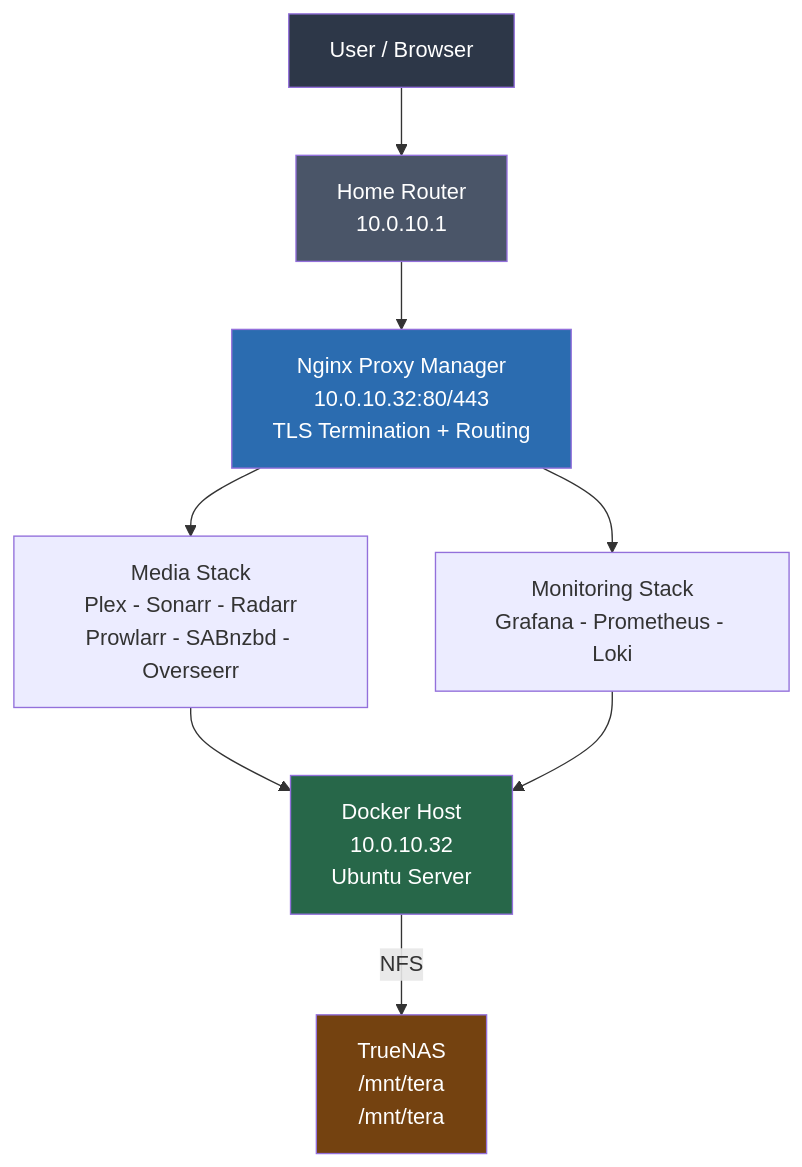
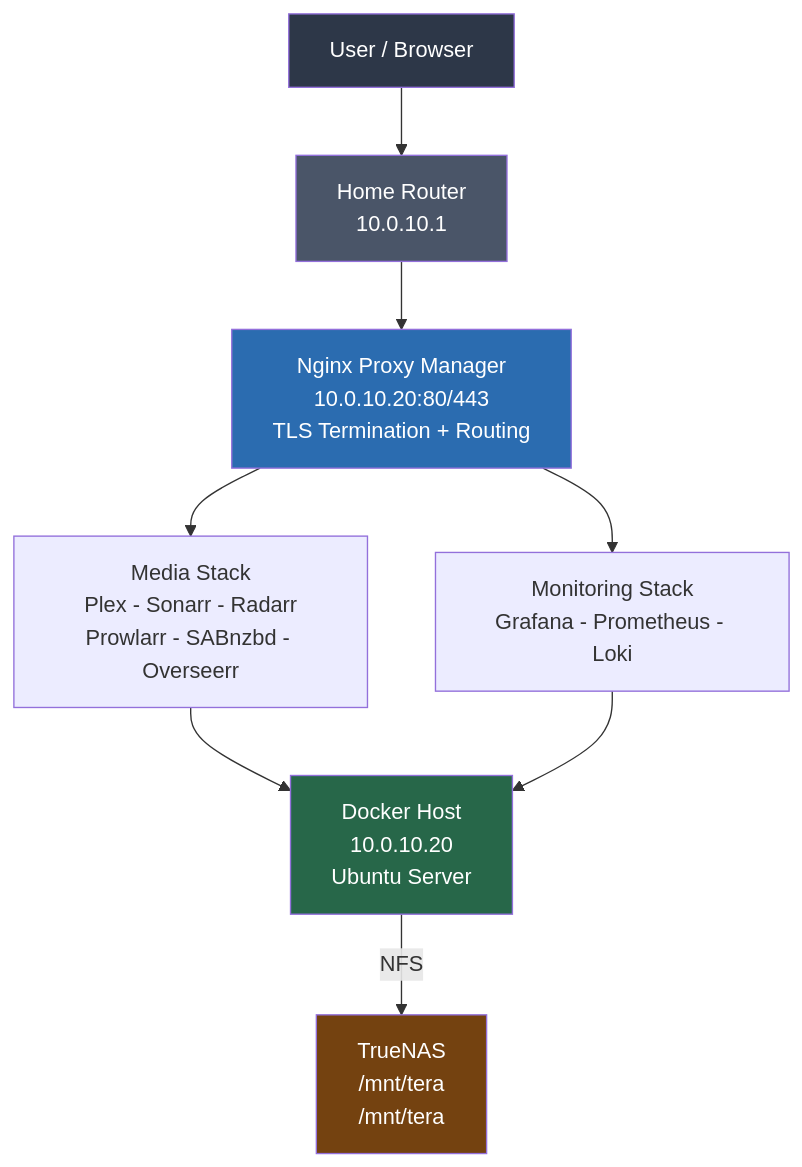
Before and after one commit to Kagiso-me/homelab-infrastructure: the first of 2 diagrams in docker/docs/00_plan.md, drawn with Mermaid. The commit also changed 47 other files, not shown here.

````diff
--- a/docker/docs/00_plan.md
+++ b/docker/docs/00_plan.md
@@ -146,16 +146,16 @@
 ```mermaid
 graph TD
     User["User / Browser"] --> Router["Home Router\n10.0.10.1"]
-    Router --> NPM["Nginx Proxy Manager\n10.0.10.32:80/443\nTLS Termination + Routing"]
+    Router --> NPM["Nginx Proxy Manager\n10.0.10.20:80/443\nTLS Termination + Routing"]
     NPM --> MediaStack["Media Stack\nPlex - Sonarr - Radarr\nProwlarr - SABnzbd - Overseerr"]
     NPM --> MonStack["Monitoring Stack\nGrafana - Prometheus - Loki"]
-    MediaStack --> DockerHost["Docker Host\n10.0.10.32\nUbuntu Server"]
+    MediaStack --> DockerHost["Docker Host\n10.0.10.20\nUbuntu Server"]
     MonStack --> DockerHost
     DockerHost -->|NFS| TrueNAS["TrueNAS\n/mnt/tera\n/mnt/tera"]
 
     style User fill:#2d3748,color:#fff
     style Router fill:#4a5568,color:#fff
     style NPM fill:#2b6cb0,color:#fff
     style DockerHost fill:#276749,color:#fff
     style TrueNAS fill:#744210,color:#fff
 ```
````
